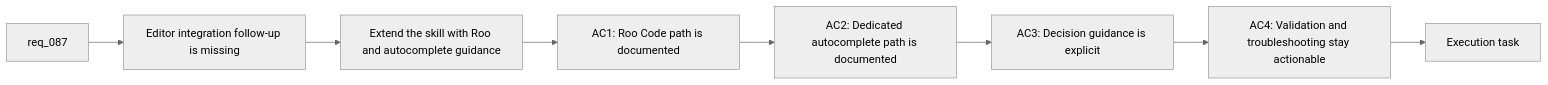
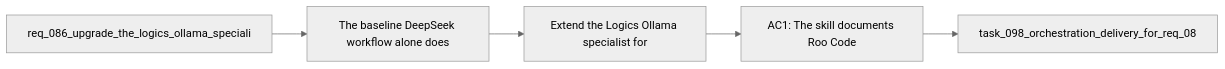
Before and after one commit to AlexAgo83/logics-manager: the diagram in logics/backlog/item_136_extend_the_logics_ollama_specialist_for_roo_code_and_dedicated_local_autocomplete_workflows.md, drawn with Mermaid (neutral theme). The commit also changed other lines of this file and 481 other files, not shown here.

Commit message:
Normalize Logics docs and workflow indicators

````diff
--- a/logics/backlog/item_136_extend_the_logics_ollama_specialist_for_roo_code_and_dedicated_local_autocomplete_workflows.md
+++ b/logics/backlog/item_136_extend_the_logics_ollama_specialist_for_roo_code_and_dedicated_local_autocomplete_workflows.md
@@ -27,12 +27,9 @@
 ```mermaid
 %% logics-kind: backlog
 %% logics-signature: backlog|extend-the-logics-ollama-specialist-for-|req-086-upgrade-the-logics-ollama-specia|the-baseline-deepseek-workflow-alone-doe|ac1-the-skill-documents-roo-code
 flowchart LR
-    Request[req_087] --> Problem[Editor integration follow-up is missing]
-    Problem --> Scope[Extend the skill with Roo and autocomplete guidance]
-    Scope --> AC1[AC1: Roo Code path is documented]
-    AC1 --> AC2[AC2: Dedicated autocomplete path is documented]
-    AC2 --> AC3[AC3: Decision guidance is explicit]
-    AC3 --> AC4[AC4: Validation and troubleshooting stay actionable]
-    AC4 --> Task[Execution task]
+    Request[req_086_upgrade_the_logics_ollama_speciali] --> Problem[The baseline DeepSeek workflow alone does]
+    Problem --> Scope[Extend the Logics Ollama specialist for]
+    Scope --> Acceptance[AC1: The skill documents Roo Code]
+    Acceptance --> Tasks[task_098_orchestration_delivery_for_req_08]
 ```
````
